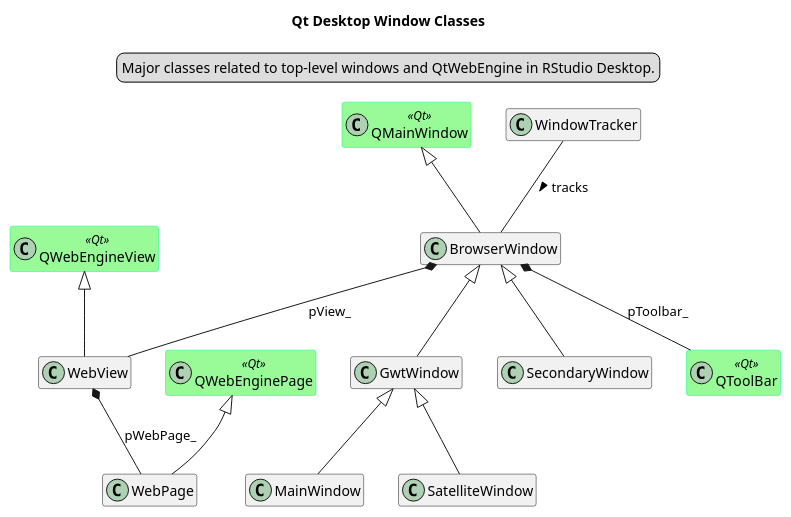
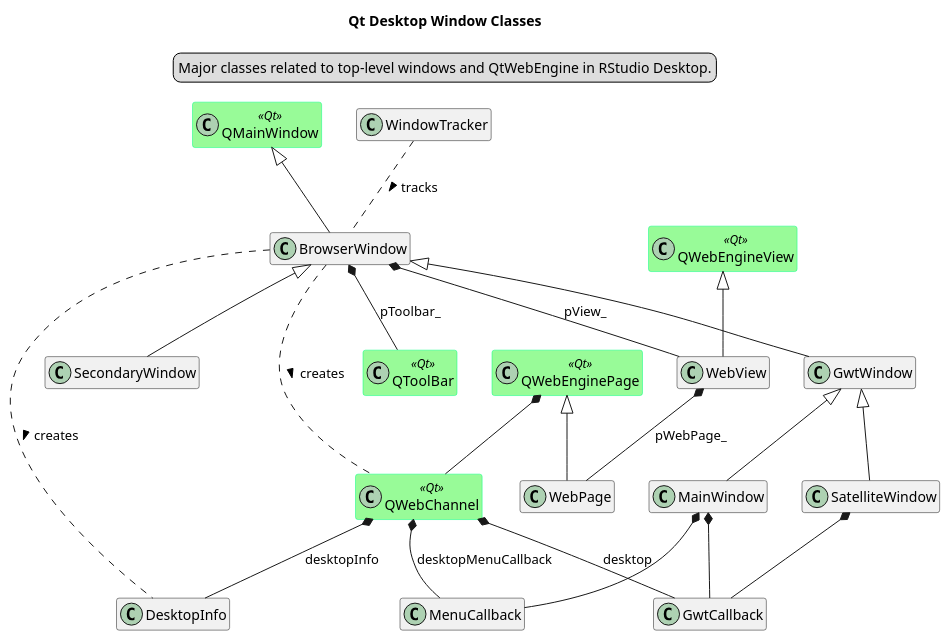
One commit to rstudio/rstudio changed the diagram in src/node/desktop/docs/QtWindowClasses.puml. Above: the diagram before and after it, drawn with PlantUML. The commit also changed 6 other files, not shown here.

```diff
--- a/src/node/desktop/docs/QtWindowClasses.puml
+++ b/src/node/desktop/docs/QtWindowClasses.puml
@@ -1,33 +1,46 @@
 @startuml
 title Qt Desktop Window Classes
 legend top center
 Major classes related to top-level windows and QtWebEngine in RStudio Desktop.
 endlegend
 
 hide empty members
 
 skinparam class {
 BackgroundColor<<Qt>> PaleGreen
 BorderColor<<Qt>> SpringGreen
 }
 
 class QMainWindow << Qt >>
 class QWebEngineView << Qt >>
 class QWebEnginePage << Qt >>
 class QToolBar << Qt >>
+class QWebChannel << Qt >>
 
 class WindowTracker
 class BrowserWindow extends QMainWindow
 class WebView extends QWebEngineView
 class WebPage extends QWebEnginePage
 class GwtWindow extends BrowserWindow
 class MainWindow extends GwtWindow
 class SatelliteWindow extends GwtWindow
 class SecondaryWindow extends BrowserWindow
+class GwtCallback
+class DesktopInfo
+class MenuCallback
 
 BrowserWindow *-- QToolBar : pToolbar_
 BrowserWindow *-- WebView : pView_
 WebView *-- WebPage : pWebPage_
-WindowTracker -- BrowserWindow : tracks >
+WindowTracker .. BrowserWindow : tracks >
+MainWindow *-- GwtCallback
+MainWindow *-- MenuCallback
+QWebEnginePage *-- QWebChannel
+QWebChannel *-- DesktopInfo : desktopInfo
+QWebChannel *-- GwtCallback: desktop
+QWebChannel *-- MenuCallback : desktopMenuCallback
+BrowserWindow .. DesktopInfo : creates >
+BrowserWindow .. QWebChannel : creates >
+SatelliteWindow *-- GwtCallback
 
 @enduml
```
